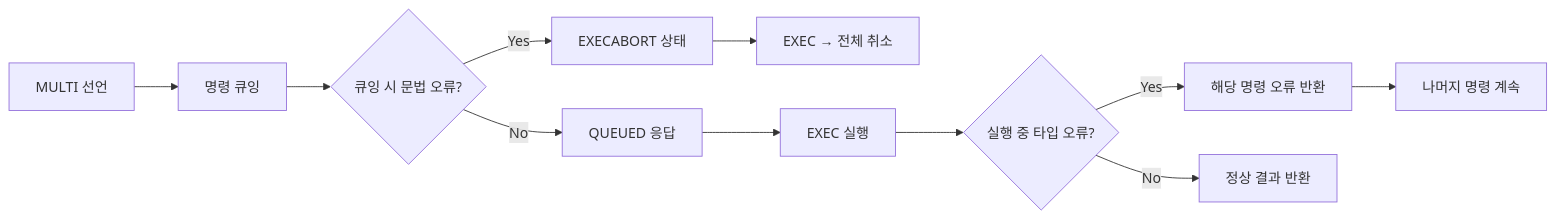
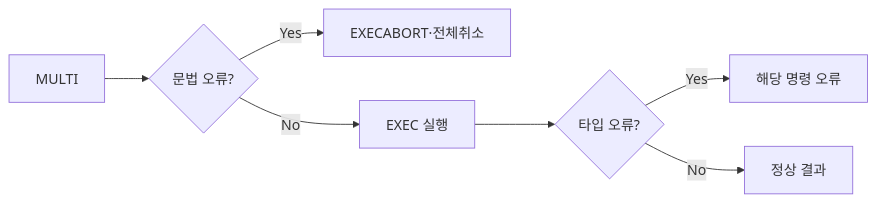
Before and after one commit to yjkim2015/yjkim2015.github.io: the third of 4 diagrams in _posts/redis/2026-05-12-redis-transaction.md, drawn with Mermaid. The commit also changed other lines of this file and 245 other files, not shown here.

First line of the commit message:
Mermaid 다이어그램 전면 수정 + 면접 포인트 접기/펼치기 + DB 데드락 페이지

````diff
--- a/_posts/redis/2026-05-12-redis-transaction.md
+++ b/_posts/redis/2026-05-12-redis-transaction.md
@@ -421,13 +420,9 @@
 ```mermaid
 graph LR
-    A[MULTI 선언] --> B[명령 큐잉]
-    B --> C{큐잉 시 문법 오류?}
-    C -->|Yes| D[EXECABORT 상태]
-    C -->|No| E[QUEUED 응답]
-    D --> F[EXEC → 전체 취소]
-    E --> G[EXEC 실행]
-    G --> H{실행 중 타입 오류?}
-    H -->|Yes| I[해당 명령 오류 반환]
-    H -->|No| J[정상 결과 반환]
-    I --> K[나머지 명령 계속]
+    A[MULTI] --> B{문법 오류?}
+    B -->|Yes| C[EXECABORT·전체취소]
+    B -->|No| D[EXEC 실행]
+    D --> E{타입 오류?}
+    E -->|Yes| F[해당 명령 오류]
+    E -->|No| G[정상 결과]
 ```
````
